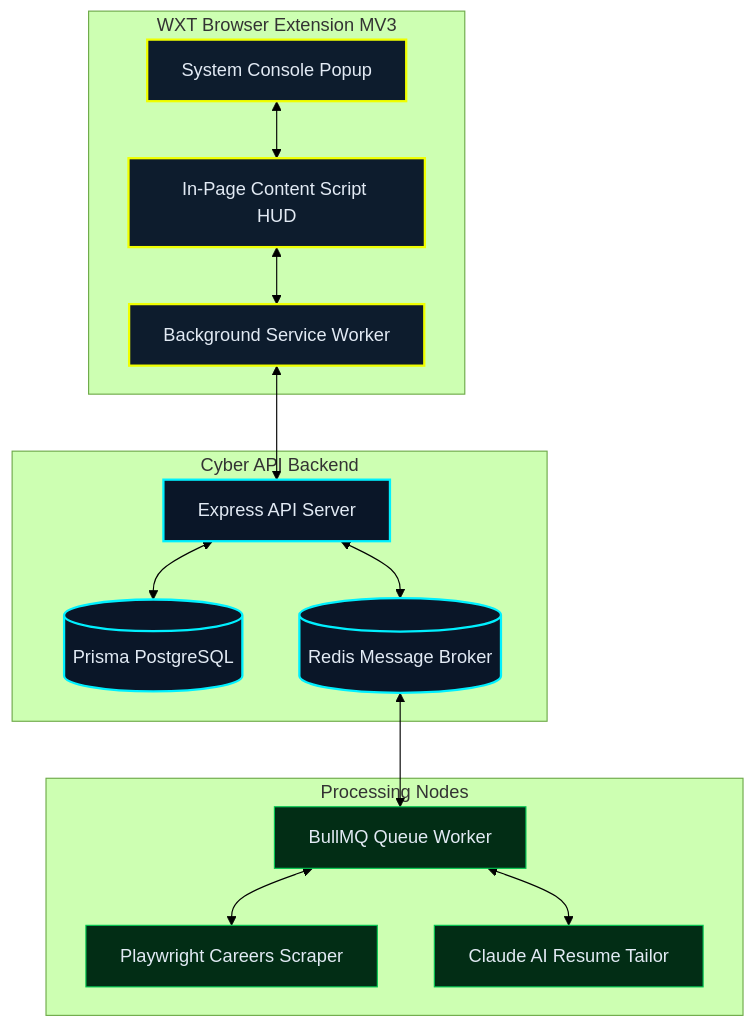
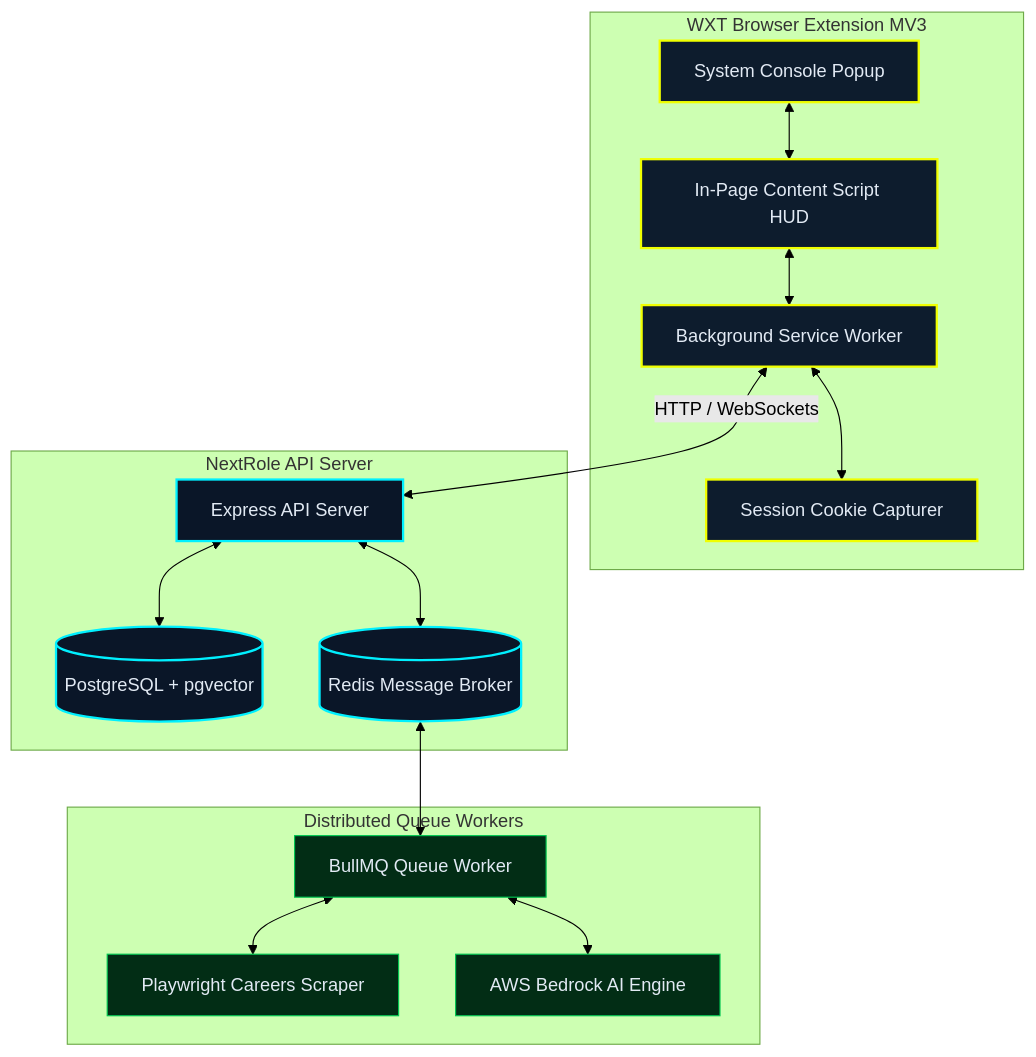
One commit to AagoshRajSri/NextRole changed the diagram in README.md. Above: the diagram before and after it, drawn with Mermaid (forest theme). The commit also changed other lines of this file and 13 other files, not shown here.

````diff
--- a/README.md
+++ b/README.md
@@ -19,27 +20,28 @@
 ```mermaid
 graph TD
-    subgraph WXT Browser Extension MV3
+    subgraph Browser Extension [WXT Browser Extension MV3]
         Popup[System Console Popup] <--> CS[In-Page Content Script HUD]
         CS <--> BG[Background Service Worker]
+        BG <--> CookieCap[Session Cookie Capturer]
     end
 
-    subgraph Cyber API Backend
-        BG <--> API[Express API Server]
-        API <--> DB[(Prisma PostgreSQL)]
+    subgraph Cyber API [NextRole API Server]
+        BG <-->|HTTP / WebSockets| API[Express API Server]
+        API <--> DB[(PostgreSQL + pgvector)]
         API <--> Redis[(Redis Message Broker)]
     end
 
-    subgraph Processing Nodes
+    subgraph Processing Nodes [Distributed Queue Workers]
         Redis <--> Worker[BullMQ Queue Worker]
         Worker <--> Scrape[Playwright Careers Scraper]
-        Worker <--> Claude[Claude AI Resume Tailor]
+        Worker <--> Bedrock[AWS Bedrock AI Engine]
     end
 
     classDef cyan fill:#0a1628,stroke:#00f0ff,stroke-width:2px,color:#e2eaf4;
     classDef yellow fill:#0d1c2d,stroke:#f0ff00,stroke-width:2px,color:#e2eaf4;
     classDef green fill:#022d15,stroke:#00c851,stroke-width:1px,color:#e2eaf4;
     
-    class Popup,CS,BG yellow;
+    class Popup,CS,BG,CookieCap yellow;
     class API,DB,Redis cyan;
-    class Worker,Scrape,Claude green;
+    class Worker,Scrape,Bedrock green;
 ```
````
